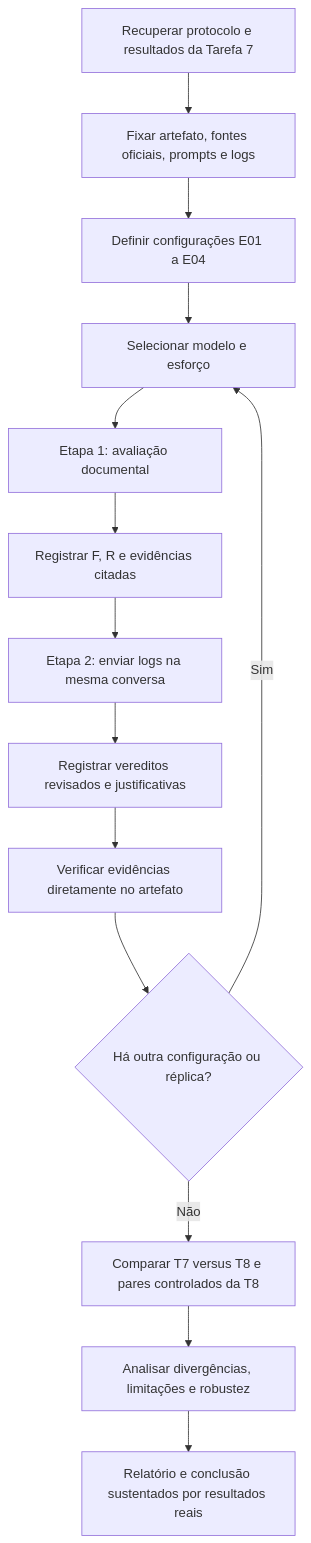
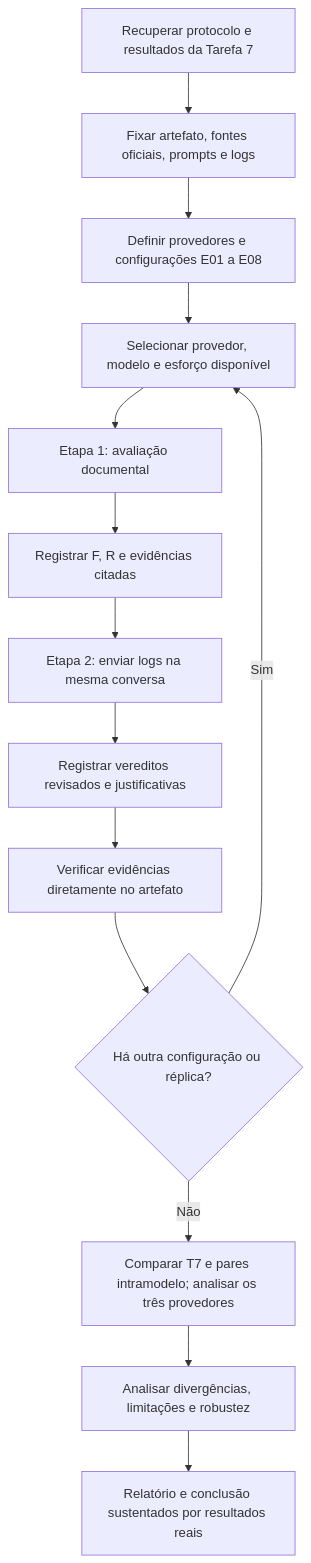
Before and after one commit to fernandomarquesaluno-svg/ativ_revisao_artfatos_multiplas_llms: the diagram in tarefa8/FLUXOGRAMA.md, drawn with Mermaid. The commit also changed other lines of this file, not shown here.

Commit message:
docs: adicionar três provedores ao fluxograma T8

````diff
--- a/tarefa8/FLUXOGRAMA.md
+++ b/tarefa8/FLUXOGRAMA.md
@@ -5,16 +5,16 @@
 ```mermaid
 flowchart TD
   A[Recuperar protocolo e resultados da Tarefa 7] --> B[Fixar artefato, fontes oficiais, prompts e logs]
-  B --> C[Definir configurações E01 a E04]
-  C --> D[Selecionar modelo e esforço]
+  B --> C[Definir provedores e configurações E01 a E08]
+  C --> D[Selecionar provedor, modelo e esforço disponível]
   D --> E[Etapa 1: avaliação documental]
   E --> F[Registrar F, R e evidências citadas]
   F --> G[Etapa 2: enviar logs na mesma conversa]
   G --> H[Registrar vereditos revisados e justificativas]
   H --> I[Verificar evidências diretamente no artefato]
   I --> J{Há outra configuração ou réplica?}
   J -->|Sim| D
-  J -->|Não| K[Comparar T7 versus T8 e pares controlados da T8]
+  J -->|Não| K[Comparar T7 e pares intramodelo; analisar os três provedores]
   K --> L[Analisar divergências, limitações e robustez]
   L --> M[Relatório e conclusão sustentados por resultados reais]
 ```
````
